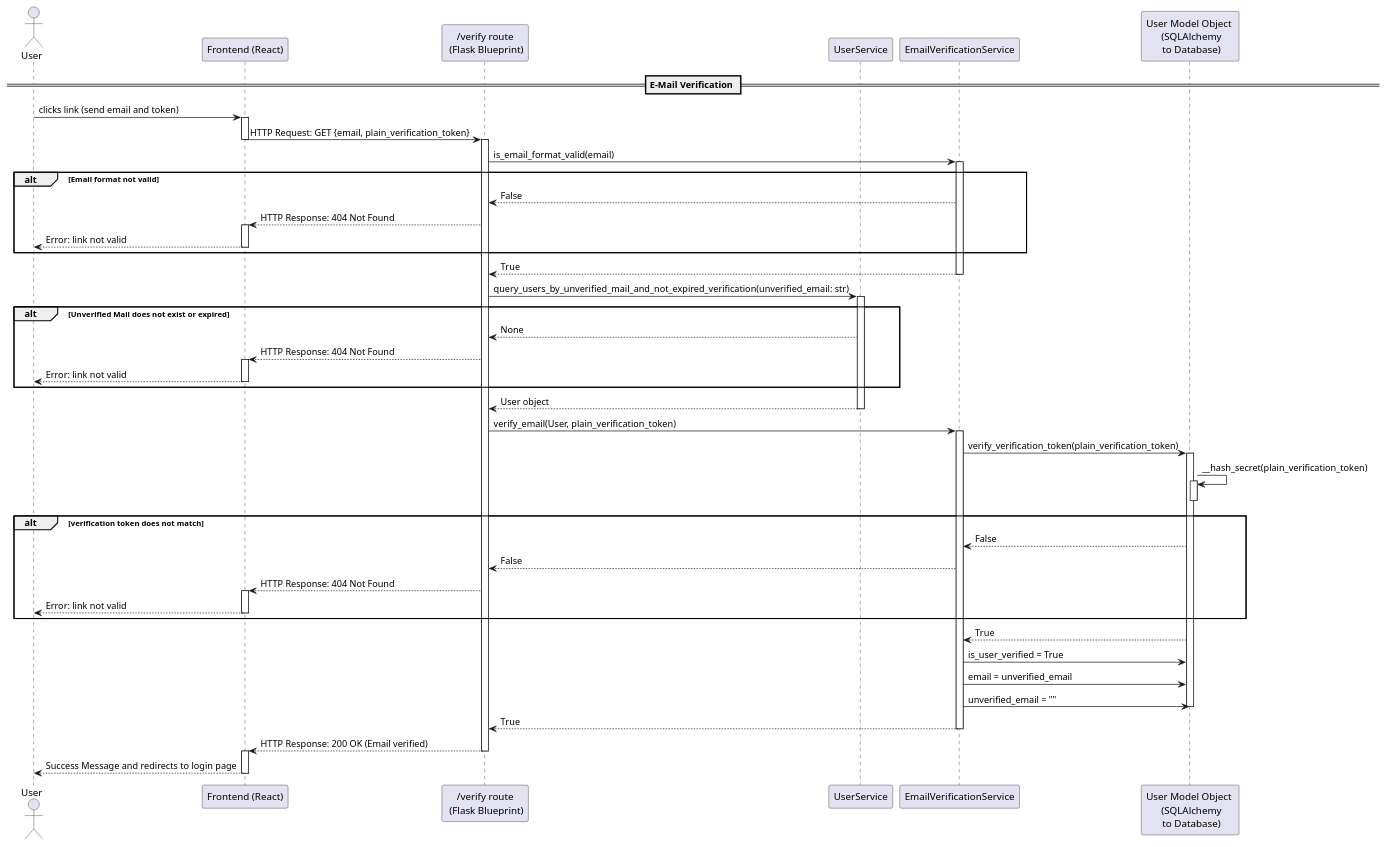
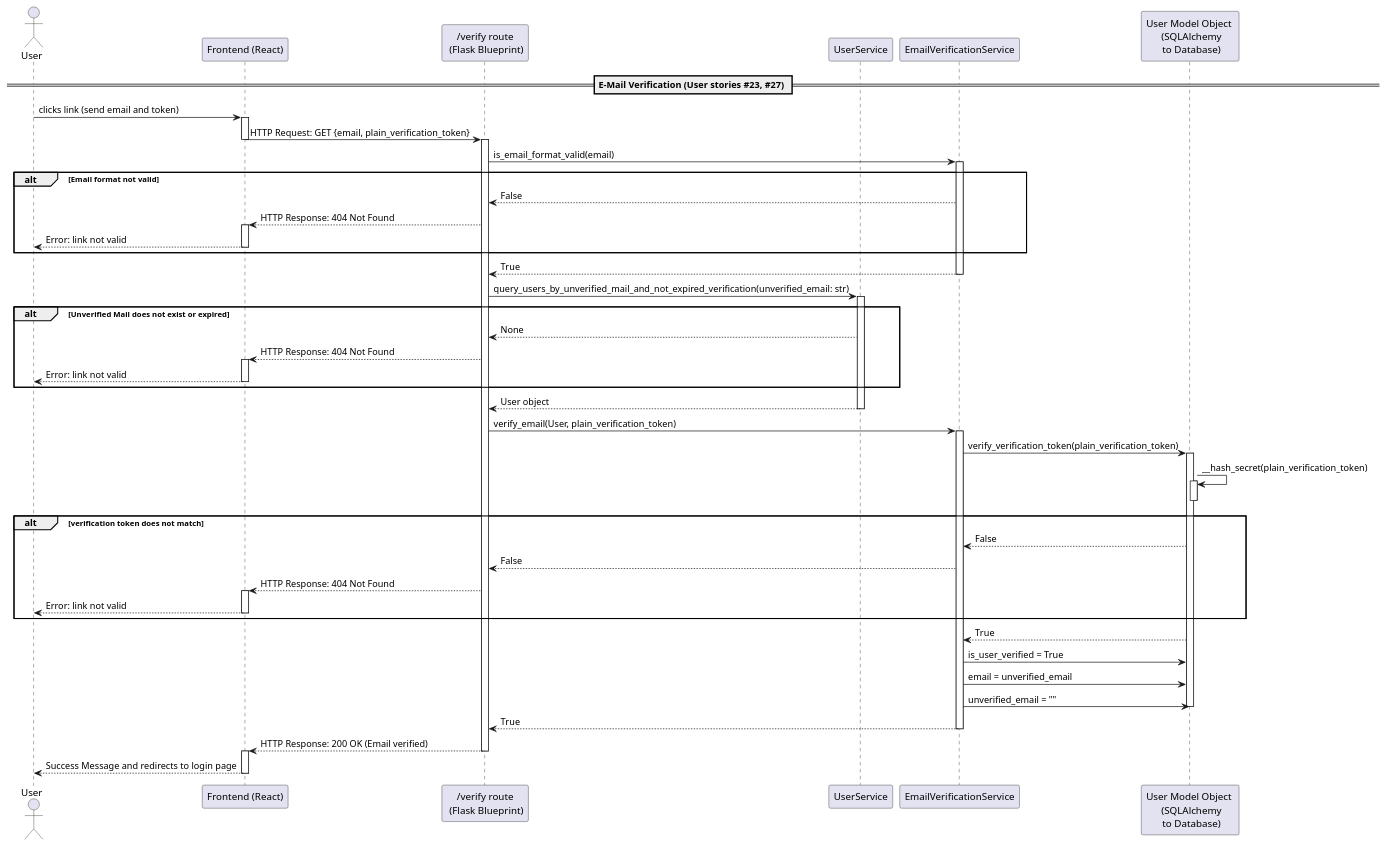
The diagram in docs/diagrams/uml/sequence/email-verification.puml (dominikoetiker/TheMentalLoadHub), drawn with PlantUML before and after one commit. The commit also changed 1 other file, not shown here.

Commit message:
Update email verification diagrams with user story references
Added references to user stories #23 and #27 in the sequence diagram title. This provides clearer context for the diagram's purpose and aligns it with project documentation standards. No functional changes were made to the diagram's flow.

```diff
--- a/docs/diagrams/uml/sequence/email-verification.puml
+++ b/docs/diagrams/uml/sequence/email-verification.puml
@@ -1,64 +1,64 @@
 @startuml
 actor "User" as AppUser
 participant "Frontend (React)" as FE
 participant "/verify route\n (Flask Blueprint)" as VR
 participant "UserService" as US
 participant "EmailVerificationService" as ES
 participant "User Model Object \n (SQLAlchemy\n to Database)" as UM
 
-== E-Mail Verification ==
+== E-Mail Verification (User stories #23, #27) ==
 AppUser -> FE : clicks link (send email and token)
 activate FE
 FE -> VR : HTTP Request: GET {email, plain_verification_token}
 deactivate FE
 activate VR
 VR -> ES : is_email_format_valid(email)
 activate ES
 alt Email format not valid
     VR <-- ES : False
     FE <-- VR : HTTP Response: 404 Not Found
     activate FE
     AppUser <-- FE : Error: link not valid
     deactivate FE
 end
 VR <-- ES : True
 deactivate ES
 VR -> US : query_users_by_unverified_mail_and_not_expired_verification(unverified_email: str)
 activate US
 alt Unverified Mail does not exist or expired
     VR <-- US : None
     FE <-- VR : HTTP Response: 404 Not Found
     activate FE
     AppUser <-- FE : Error: link not valid
     deactivate FE
 end
 VR <-- US : User object
 deactivate US
 VR -> ES : verify_email(User, plain_verification_token)
 activate ES
 ES -> UM : verify_verification_token(plain_verification_token)
 activate UM
 UM -> UM : __hash_secret(plain_verification_token)
 activate UM
 deactivate UM
 alt verification token does not match
     ES <-- UM : False
     VR <-- ES : False
     FE <-- VR : HTTP Response: 404 Not Found
     activate FE
     AppUser <-- FE : Error: link not valid
     deactivate FE
 end
 ES <-- UM : True
 ES -> UM : is_user_verified = True
 ES -> UM : email = unverified_email
 ES -> UM : unverified_email = ""
 deactivate UM
 VR <-- ES : True
 deactivate ES
 FE <-- VR : HTTP Response: 200 OK (Email verified)
 deactivate VR
 activate FE
 AppUser <-- FE : Success Message and redirects to login page
 deactivate FE
 @enduml
```
